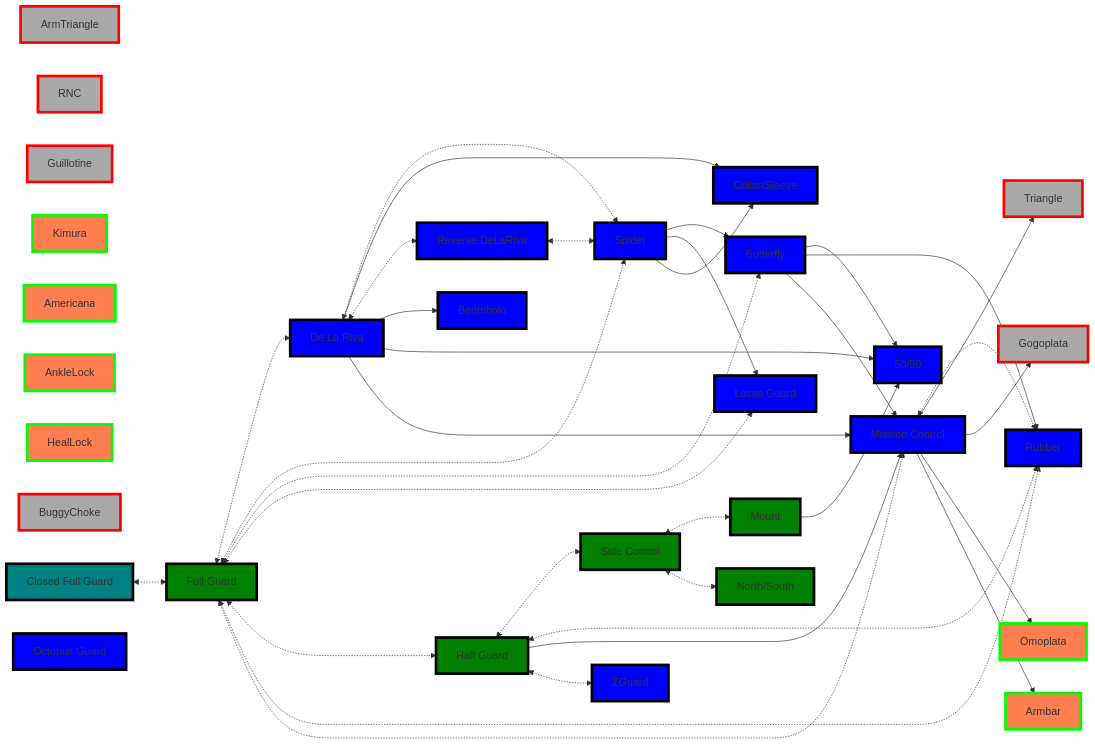
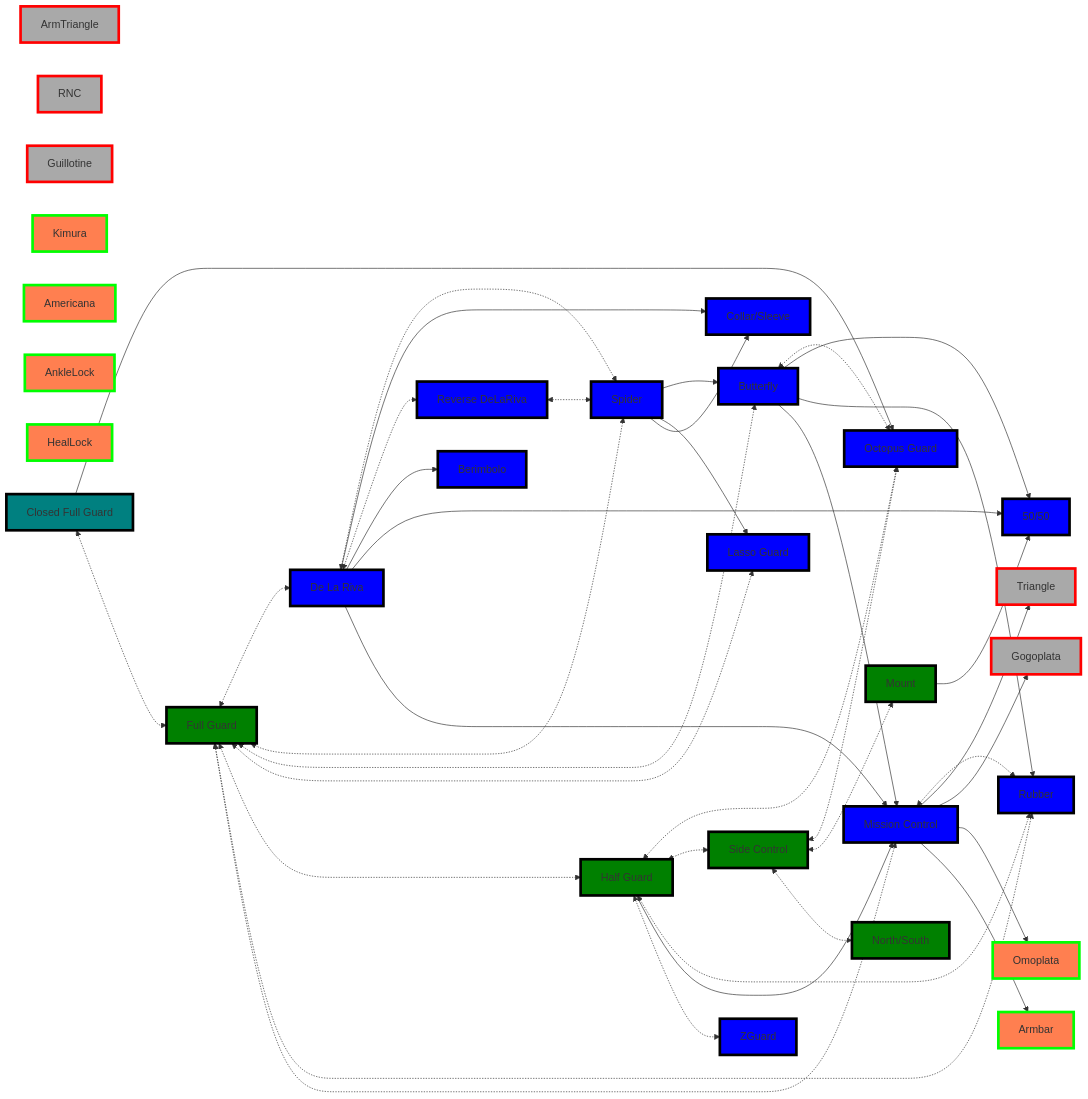
One commit to jacgit18/DevHiveMind changed the second of 4 diagrams in _Fitness/MMA/Real World BJJ Flows.md. Above: the diagram before and after it, drawn with Mermaid. The commit also changed other lines of this file and 7 other files, not shown here.

````diff
--- a/_Fitness/MMA/Real World BJJ Flows.md
+++ b/_Fitness/MMA/Real World BJJ Flows.md
@@ -180,9 +185,13 @@
 	10[AnkleLock]
 
 	11[HealLock]
-	12[BuggyChoke]
 
 
+	Closed --> OctopusGuard
+	D <-.-> OctopusGuard
+	H <-.-> OctopusGuard
+	I <-.-> OctopusGuard
+	
 	Closed <-.-> A
     A <-.-> B
     A <-.-> C
@@ -281,5 +290,4 @@
 
 style 11 fill:coral,stroke:lime,stroke-width:4px,shadow:shadow
 
-style 12 fill:darkgray,stroke:red,stroke-width:4px,shadow:shadow
 ```
````
